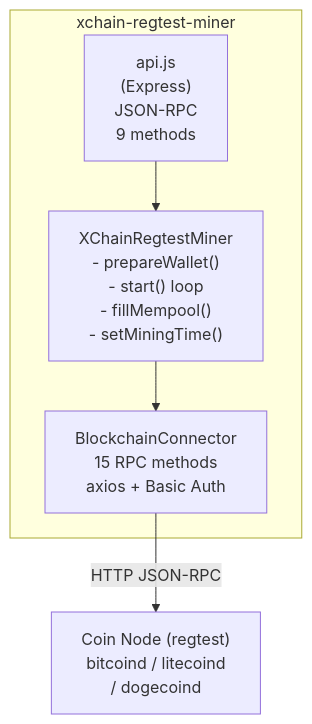
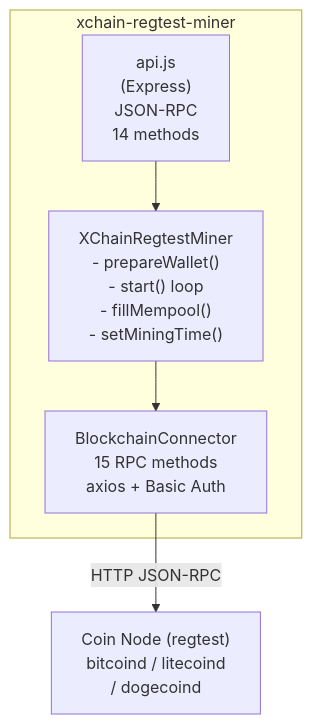
One commit to XChain-Platform/xchain-documentation changed the second of 5 diagrams in components/regtest-miner/architecture.md. Above: the diagram before and after it, drawn with Mermaid. The commit also changed 30 other files, not shown here.

````diff
--- a/components/regtest-miner/architecture.md
+++ b/components/regtest-miner/architecture.md
@@ -26,13 +26,13 @@
 ```mermaid
 flowchart TD
     subgraph MINER["xchain-regtest-miner"]
-        API["api.js<br>(Express)<br>JSON-RPC<br>9 methods"]
+        API["api.js<br>(Express)<br>JSON-RPC<br>14 methods"]
         RM["XChainRegtestMiner<br>- prepareWallet()<br>- start() loop<br>- fillMempool()<br>- setMiningTime()"]
         BC["BlockchainConnector<br>15 RPC methods<br>axios + Basic Auth"]
         API --> RM
         RM --> BC
     end
     NODE["Coin Node (regtest)<br>bitcoind / litecoind<br>/ dogecoind"]
 
     BC -->|HTTP JSON-RPC| NODE
 ```
````
